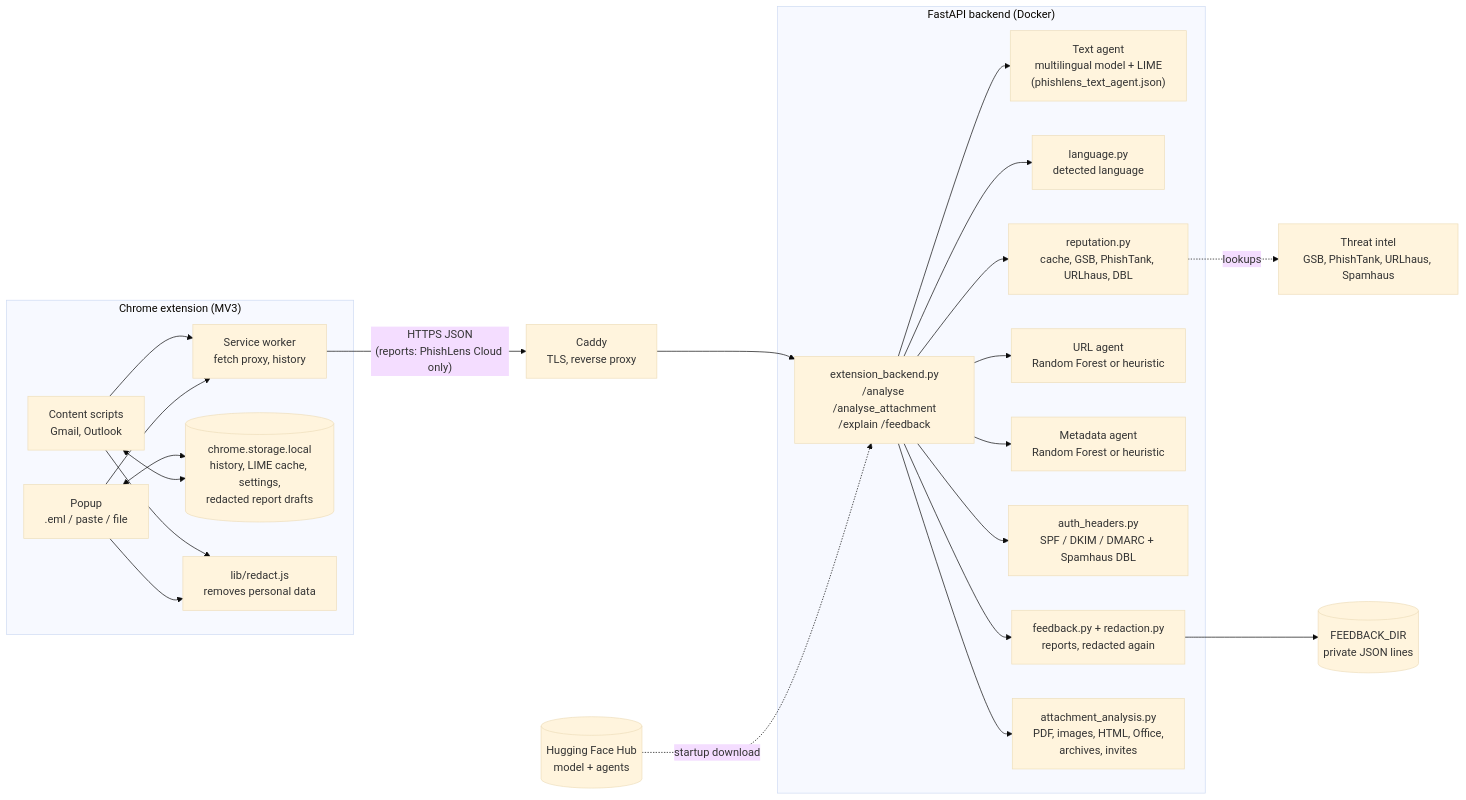
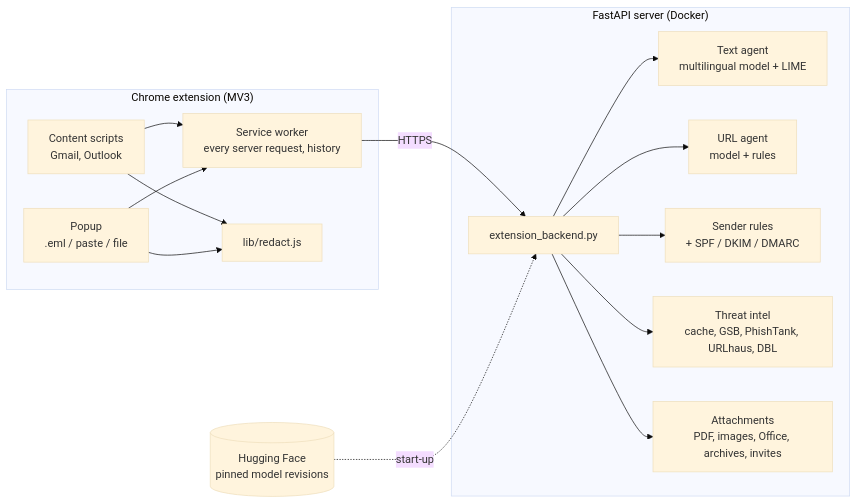
Before and after one commit to AnzouK/PhishLens: the first of 3 diagrams in docs/architecture.md, drawn with Mermaid (base theme). The commit also changed other lines of this file and 46 other files, not shown here.

Commit message:
docs, site: one headline figure, who makes it, documentation kept to the reasons

````diff
--- a/docs/architecture.md
+++ b/docs/architecture.md
@@ -12,34 +7,24 @@
 ```mermaid
 flowchart LR
     subgraph Browser["Chrome extension (MV3)"]
         CS["Content scripts<br/>Gmail, Outlook"]
         PU["Popup<br/>.eml / paste / file"]
-        BG["Service worker<br/>fetch proxy, history"]
-        ST[("chrome.storage.local<br/>history, LIME cache, settings,<br/>redacted report drafts")]
-        RD["lib/redact.js<br/>removes personal data"]
+        BG["Service worker<br/>every server request, history"]
+        RD["lib/redact.js"]
         CS --> BG
+        PU --> BG
         CS --> RD
         PU --> RD
-        PU --> BG
-        PU <--> ST
-        CS <--> ST
     end
-
-    subgraph Server["FastAPI backend (Docker)"]
-        API["extension_backend.py<br/>/analyse /analyse_attachment<br/>/explain /feedback"]
-        TXT["Text agent<br/>multilingual model + LIME<br/>(phishlens_text_agent.json)"]
-        LANG["language.py<br/>detected language"]
-        FB["feedback.py + redaction.py<br/>reports, redacted again"]
-        URL["URL agent<br/>Random Forest or heuristic"]
-        META["Metadata agent<br/>Random Forest or heuristic"]
-        AUTH["auth_headers.py<br/>SPF / DKIM / DMARC + Spamhaus DBL"]
-        REP["reputation.py<br/>cache, GSB, PhishTank, URLhaus, DBL"]
-        ATT["attachment_analysis.py<br/>PDF, images, HTML, Office,<br/>archives, invites"]
-        API --> TXT & URL & META & AUTH & REP & ATT & LANG & FB
+    subgraph Server["FastAPI server (Docker)"]
+        API["extension_backend.py"]
+        TXT["Text agent<br/>multilingual model + LIME"]
+        URL["URL agent<br/>model + rules"]
+        META["Sender rules<br/>+ SPF / DKIM / DMARC"]
+        REP["Threat intel<br/>cache, GSB, PhishTank, URLhaus, DBL"]
+        ATT["Attachments<br/>PDF, images, Office, archives, invites"]
+        API --> TXT & URL & META & REP & ATT
     end
-    FB --> FD[("FEEDBACK_DIR<br/>private JSON lines")]
-
-    BG -- "HTTPS JSON<br/>(reports: PhishLens Cloud only)" --> Caddy["Caddy<br/>TLS, reverse proxy"] --> API
-    HF[("Hugging Face Hub<br/>model + agents")] -. "startup download" .-> API
-    REP -. "lookups" .-> Intel["Threat intel<br/>GSB, PhishTank, URLhaus, Spamhaus"]
+    BG -- HTTPS --> API
+    HF[("Hugging Face<br/>pinned model revisions")] -. start-up .-> API
 ```
````
